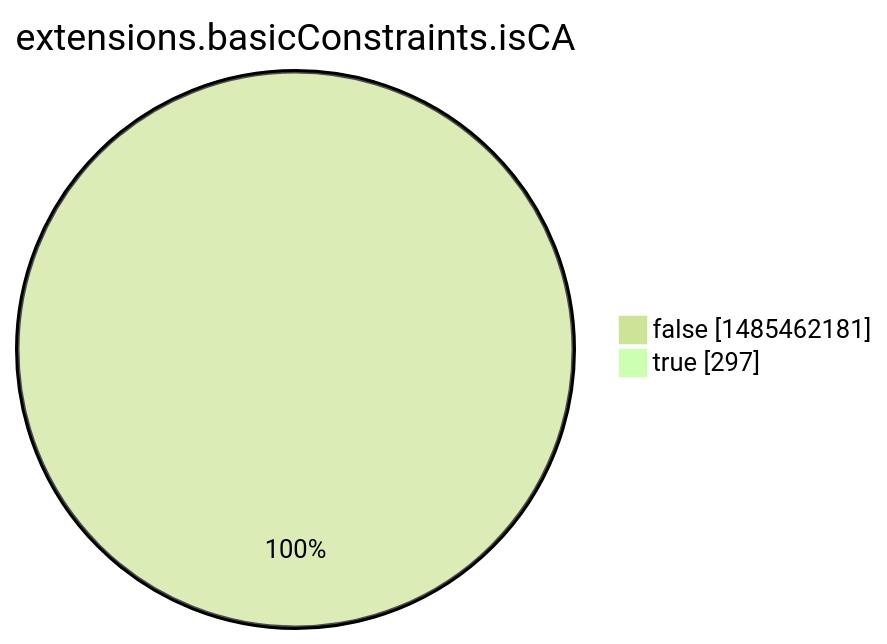
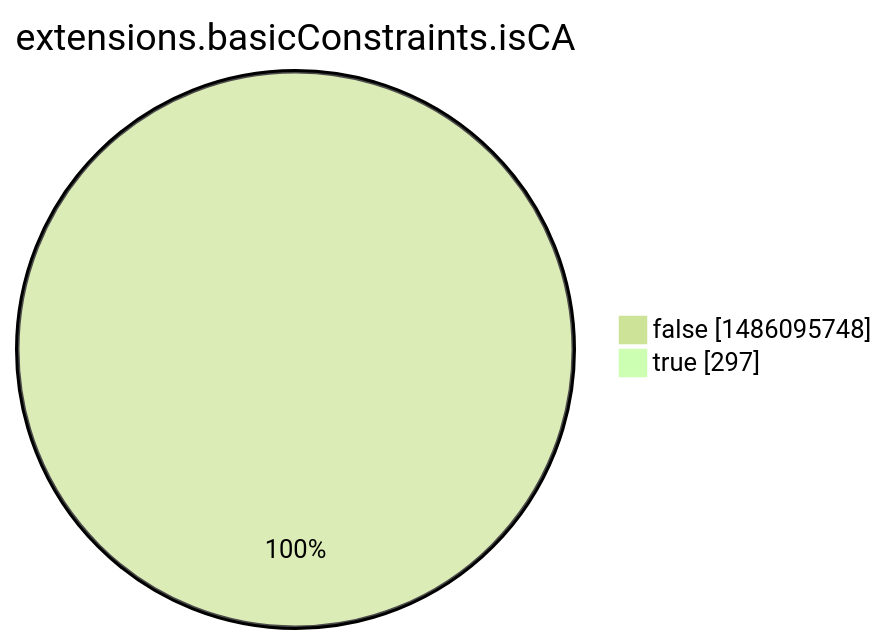
Before and after one commit to christiankrug/ctmonitor_visualization: the eighth of 15 diagrams in argon2022/README.md, drawn with Mermaid (forest theme). The commit also changed other lines of this file, not shown here.

````diff
--- a/argon2022/README.md
+++ b/argon2022/README.md
@@ -2760,6 +2760,6 @@
 ```mermaid
 pie showData
 title extensions.basicConstraints.isCA
-"false" :1485462181
+"false" :1486095748
 "true" :297
 ```
````
